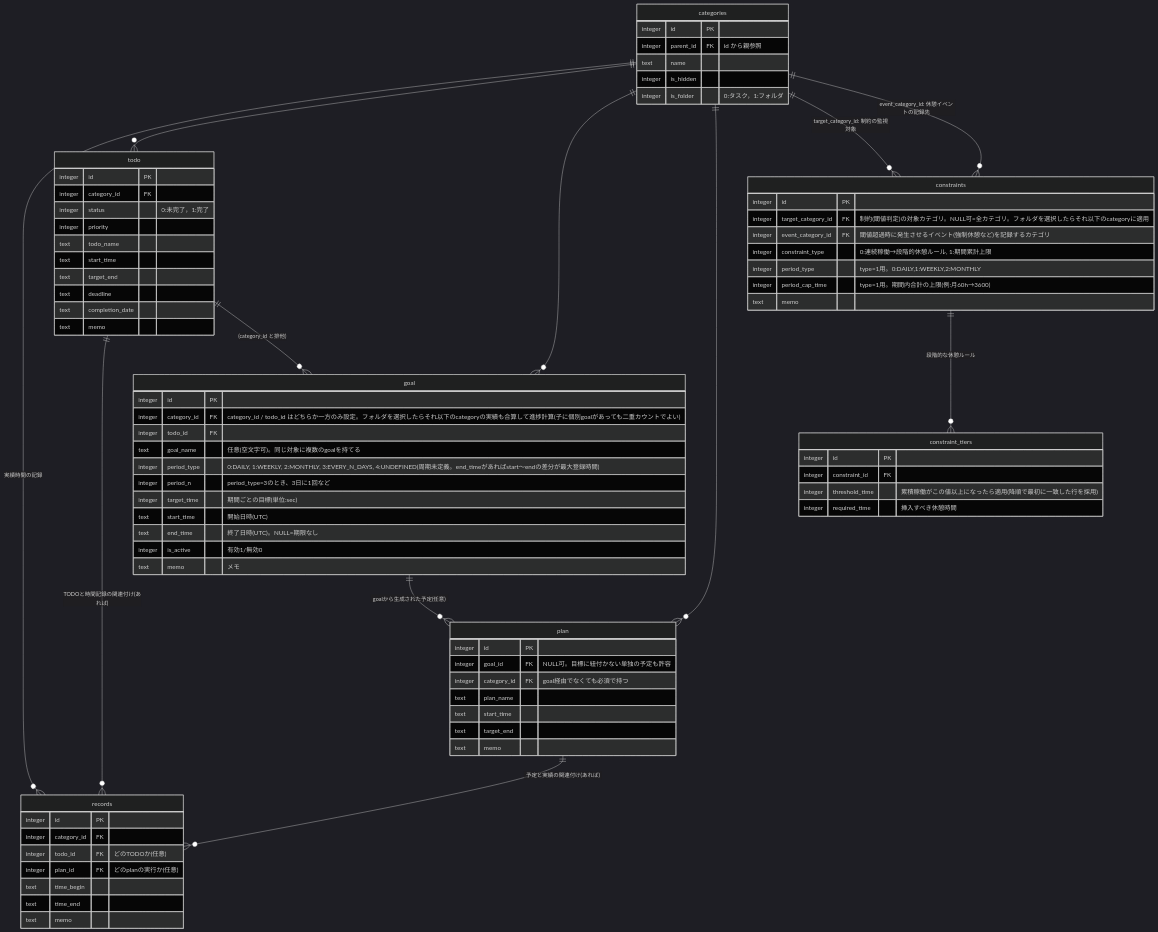
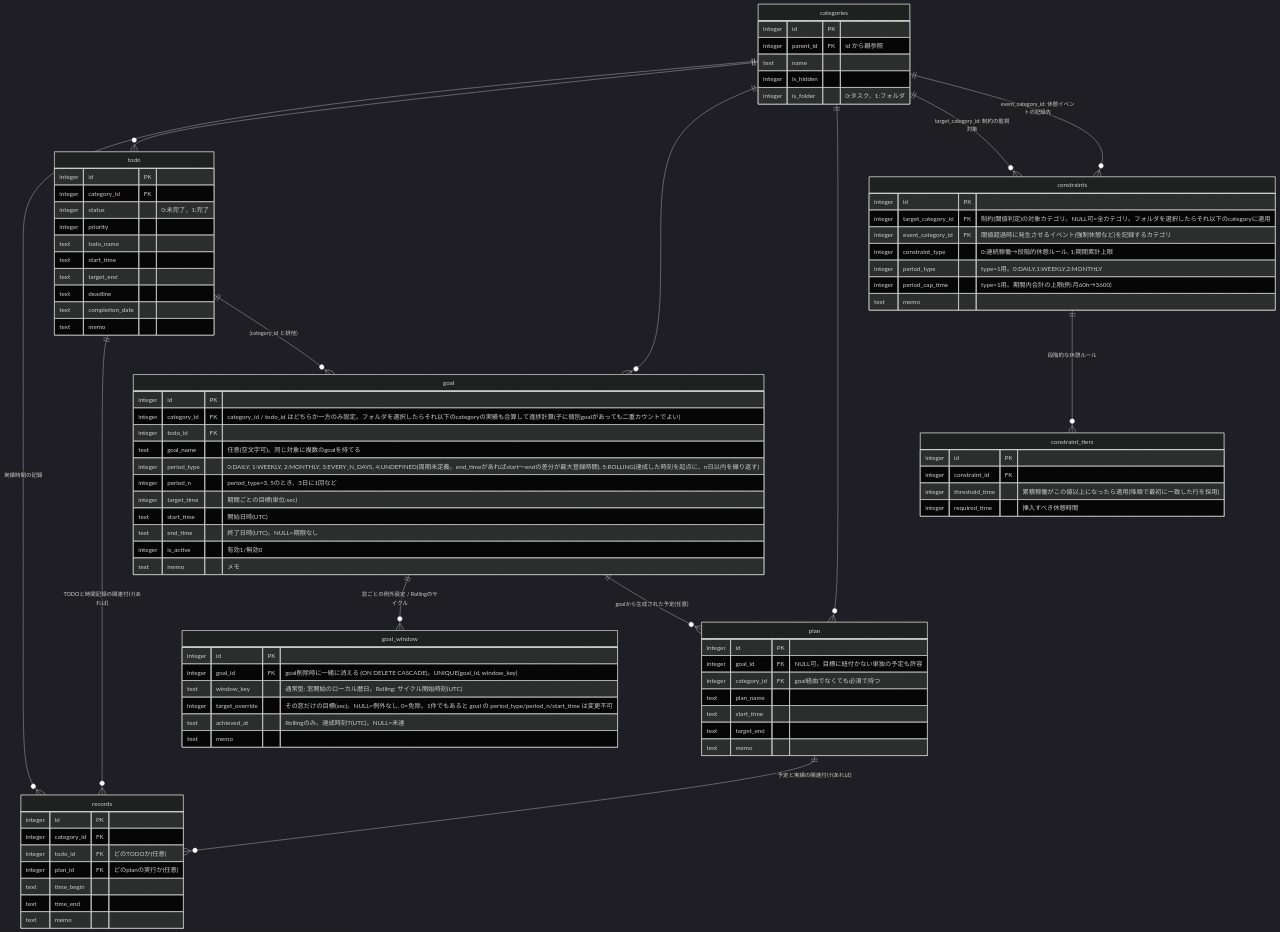
Before and after one commit to nullruptr/Cudyne: the diagram in src/core/db/db.md, drawn with Mermaid (dark theme). The commit also changed 13 other files, not shown here.

```diff
--- a/src/core/db/db.md
+++ b/src/core/db/db.md
@@ -7,6 +7,7 @@
     todo ||--o{ records : "TODOと時間記録の関連付け(あれば)"
     categories ||--o{ goal : ""
     todo ||--o{ goal : "(category_id と排他)"
+    goal ||--o{ goal_window : "窓ごとの例外設定 / Rollingのサイクル"
     goal ||--o{ plan : "goalから生成された予定(任意)"
     categories ||--o{ plan : ""
     categories ||--o{ constraints : "target_category_id: 制約の監視対象"
@@ -50,13 +51,22 @@
         integer category_id FK "category_id / todo_id はどちらか一方のみ設定。フォルダを選択したらそれ以下のcategoryの実績も合算して進捗計算(子に個別goalがあっても二重カウントでよい)"
         integer todo_id FK
         text goal_name "任意(空文字可)。同じ対象に複数のgoalを持てる"
-        integer period_type "0:DAILY, 1:WEEKLY, 2:MONTHLY, 3:EVERY_N_DAYS, 4:UNDEFINED(周期未定義。end_timeがあればstart〜endの差分が最大登録時間)"
-        integer period_n "period_type=3のとき、3日に1回など"
+        integer period_type "0:DAILY, 1:WEEKLY, 2:MONTHLY, 3:EVERY_N_DAYS, 4:UNDEFINED(周期未定義。end_timeがあればstart〜endの差分が最大登録時間), 5:ROLLING(達成した時刻を起点に、n日以内を繰り返す)"
+        integer period_n "period_type=3, 5のとき、3日に1回など"
         integer target_time "期間ごとの目標(単位:sec)"
         text start_time "開始日時(UTC)"
         text end_time "終了日時(UTC)。NULL=期限なし"
         integer is_active "有効1/無効0"
         text memo "メモ"
+    }
+
+    goal_window {
+        integer id PK
+        integer goal_id FK "goal削除時に一緒に消える (ON DELETE CASCADE)。UNIQUE(goal_id, window_key)"
+        text window_key "通常型: 窓開始のローカル暦日。Rolling: サイクル開始時刻(UTC)"
+        integer target_override "その窓だけの目標(sec)。NULL=例外なし, 0=免除。1件でもあると goal の period_type/period_n/start_time は変更不可"
+        text achieved_at "Rollingのみ。達成時刻T(UTC)。NULL=未達"
+        text memo
     }
 
     plan {
```
